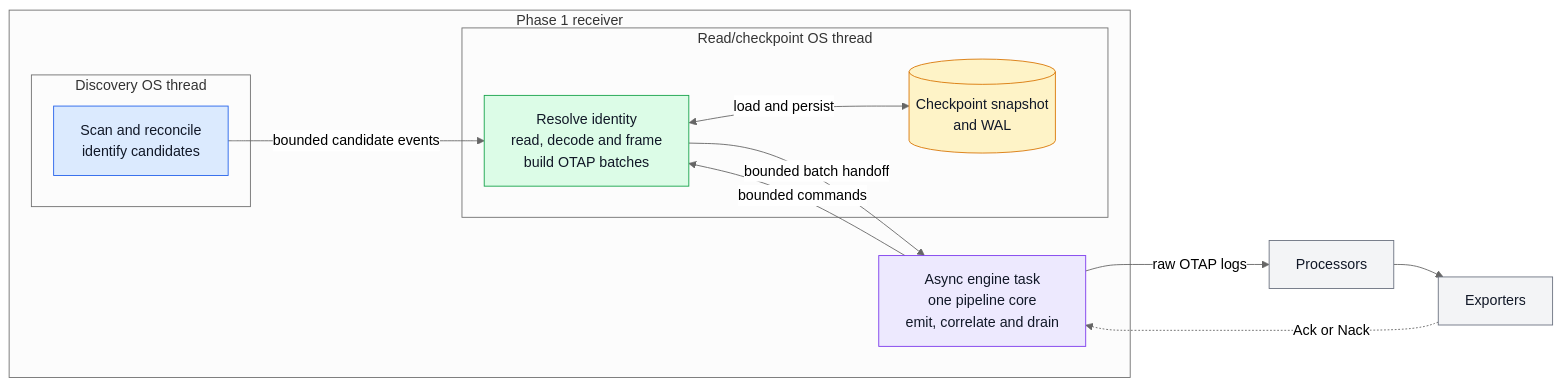
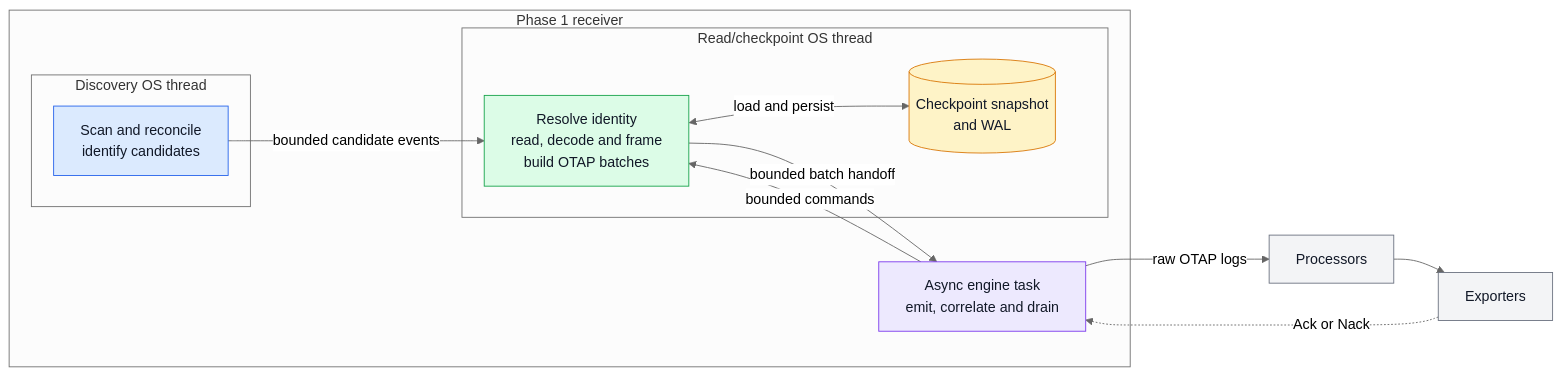
Before and after one commit to open-telemetry/otel-arrow: the first of 2 diagrams in rust/otap-dataflow/docs/filelog-receiver.md, drawn with Mermaid (neutral theme). The commit also changed other lines of this file, not shown here.

Commit message:
docs: focus filelog design on architecture

````diff
--- a/rust/otap-dataflow/docs/filelog-receiver.md
+++ b/rust/otap-dataflow/docs/filelog-receiver.md
@@ -168,36 +218,36 @@
 ```mermaid
 flowchart LR
   subgraph receiver["Phase 1 receiver"]
     subgraph discovery["Discovery OS thread"]
       D["Scan and reconcile<br/>identify candidates"]
     end
 
     subgraph worker["Read/checkpoint OS thread"]
       W["Resolve identity<br/>read, decode and frame<br/>build OTAP batches"]
       C[("Checkpoint snapshot<br/>and WAL")]
       W <-->|"load and persist"| C
     end
 
-    A["Async engine task<br/>one pipeline core<br/>emit, correlate and drain"]
+    A["Async engine task<br/>emit, correlate and drain"]
 
     D -->|"bounded candidate events"| W
     W -->|"bounded batch handoff"| A
     A -->|"bounded commands"| W
   end
 
   A -->|"raw OTAP logs"| P["Processors"]
   P --> E["Exporters"]
   E -.->|"Ack or Nack"| A
 
   class D discoveryNode
   class W workerNode
   class A controlNode
   class C stateNode
   class P,E downstreamNode
 
   classDef discoveryNode fill:#DBEAFE,stroke:#2563EB,color:#111827
   classDef workerNode fill:#DCFCE7,stroke:#16A34A,color:#111827
   classDef controlNode fill:#EDE9FE,stroke:#7C3AED,color:#111827
   classDef stateNode fill:#FEF3C7,stroke:#D97706,color:#111827
   classDef downstreamNode fill:#F3F4F6,stroke:#6B7280,color:#111827
 ```
````
